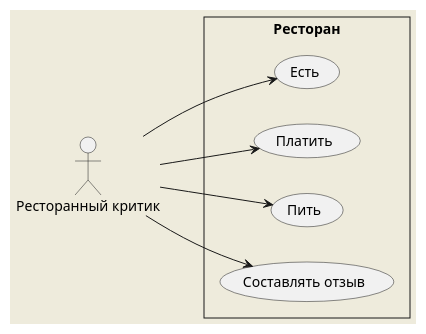
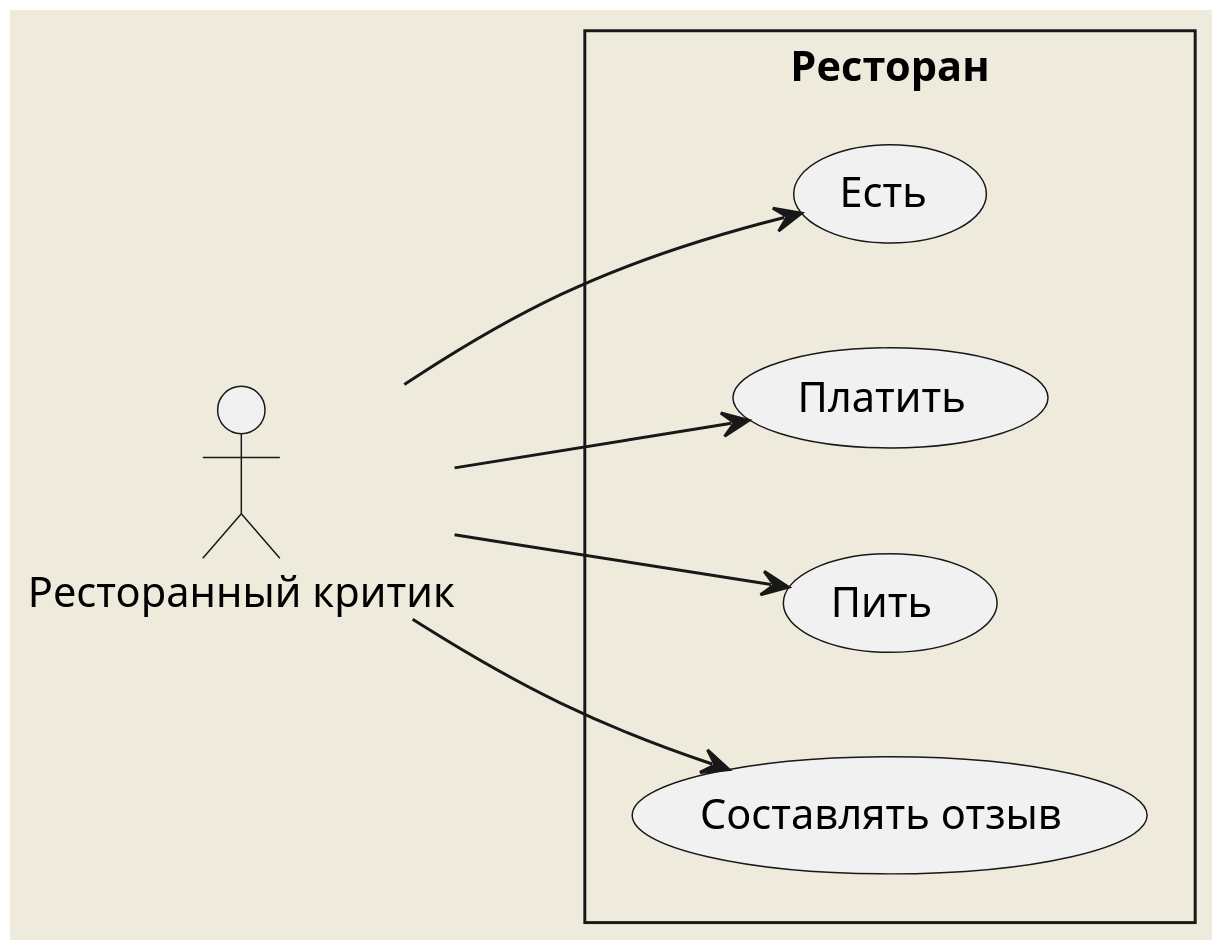
Diagram 22 of 37 in Модуль UML.md (VladimirMonin/conspects), drawn with PlantUML before and after one commit. The commit also changed other lines of this file, not shown here.

Commit message:
uml: уроки 9-12

````diff
--- a/Модуль UML.md
+++ b/Модуль UML.md
@@ -1311,20 +1325,21 @@
 ```plantuml
 @startuml
+scale 1200 width
 skinparam BackgroundColor #EEEBDC
 skinparam style strictuml
 
 left to right direction 
 actor "Ресторанный критик" as fc 
 rectangle Ресторан {   
 usecase "Есть" as UC1   
 usecase "Платить" as UC2   
 usecase "Пить" as UC3   
 usecase "Составлять отзыв" as UC4
 } 
 fc --> UC1 
 fc --> UC2 
 fc --> UC3 
 fc --> UC4
 
 @enduml
 ```
````
